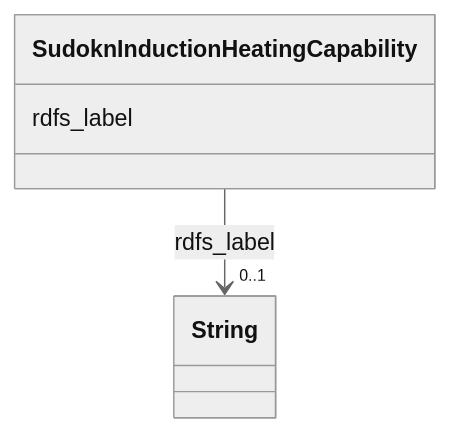
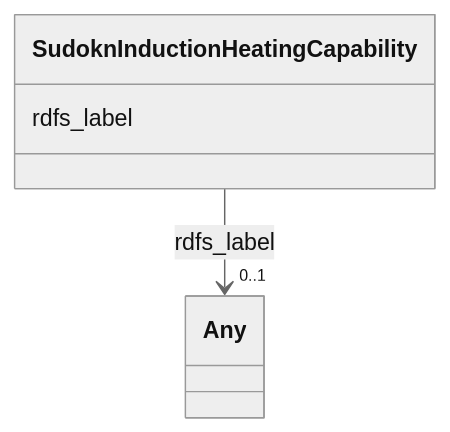
One commit to frink-okn/graph-descriptions changed the diagram in sudokn-kg/classes/SudoknInductionHeatingCapability.md. Above: the diagram before and after it, drawn with Mermaid (neutral theme). The commit also changed other lines of this file and 903 other files, not shown here.

````diff
--- a/sudokn-kg/classes/SudoknInductionHeatingCapability.md
+++ b/sudokn-kg/classes/SudoknInductionHeatingCapability.md
@@ -23,15 +18,15 @@
 ```mermaid
  classDiagram
     class SudoknInductionHeatingCapability
     click SudoknInductionHeatingCapability href "../SudoknInductionHeatingCapability"
       SudoknInductionHeatingCapability : rdfs_label
         
           
     
     
-    SudoknInductionHeatingCapability --> "0..1" String : rdfs_label
-    click String href "../String"
+    SudoknInductionHeatingCapability --> "0..1" Any : rdfs_label
+    click Any href "../Any"
 
         
       
 ```
````
